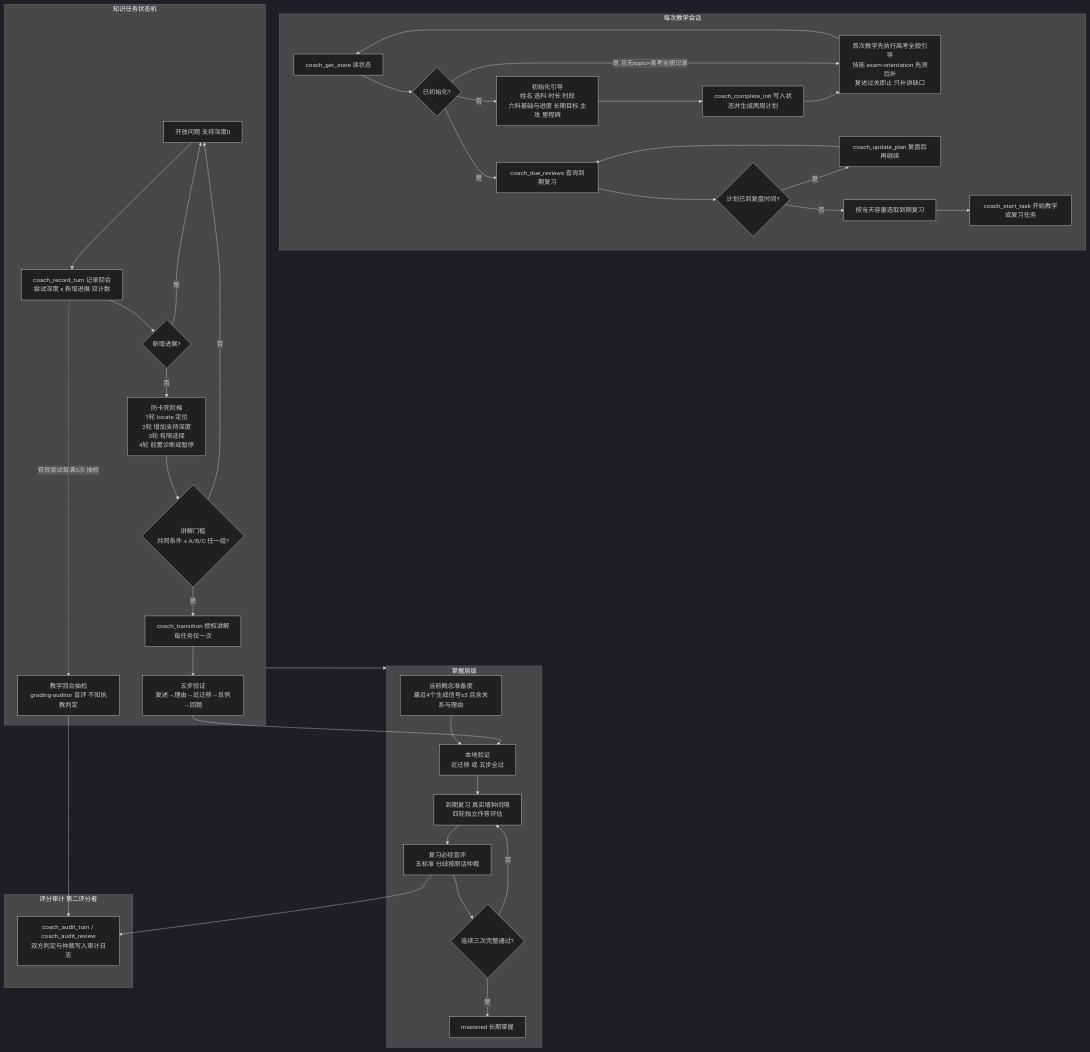
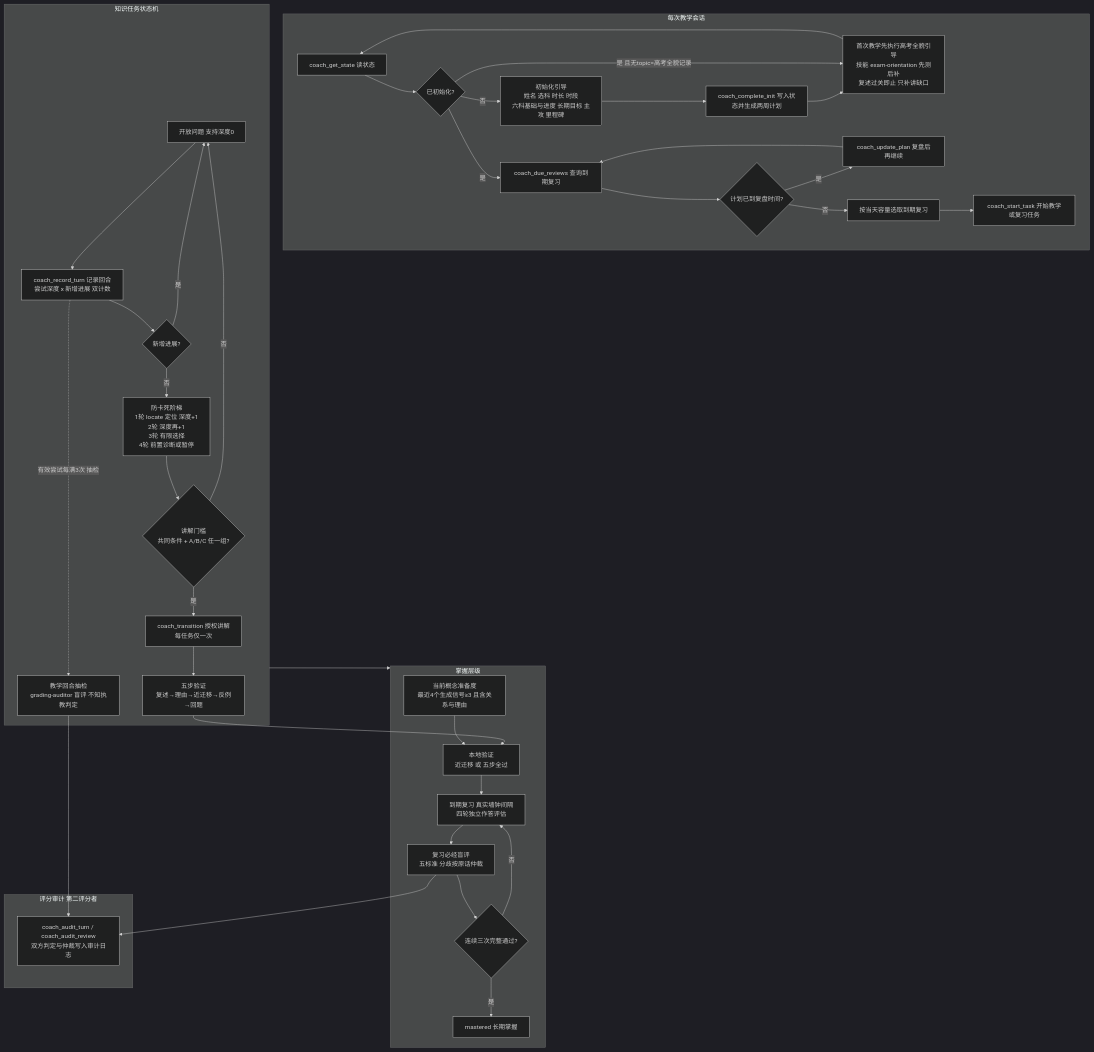
One commit to Soulshop/gaokao-coach-package changed the first of 2 diagrams in docs/architecture.md. Above: the diagram before and after it, drawn with Mermaid (dark theme). The commit also changed other lines of this file, not shown here.

Commit message:
docs(architecture): 图一 T4 补第一轮 locate 深度升级，入档三条提示词层软约束

````diff
--- a/docs/architecture.md
+++ b/docs/architecture.md
@@ -15,47 +15,47 @@
 ```mermaid
 flowchart TB
     subgraph SESSION[每次教学会话]
         S1[coach_get_state 读状态] --> S2{已初始化?}
         S2 -->|否| S3[初始化引导<br>姓名 选科 时长 时段<br>六科基础与进度 长期目标 主攻 里程碑]
         S3 --> S4[coach_complete_init 写入状态并生成两周计划]
         S4 --> S10[首次教学先执行高考全貌引导<br>技能 exam-orientation 先测后补<br>复述过关即止 只补讲缺口]
         S10 --> S1
         S2 -->|是 且无topic=高考全貌记录| S10
         S2 -->|是| S5[coach_due_reviews 查询到期复习]
         S5 --> S6{计划已到复盘时间?}
         S6 -->|是| S7[coach_update_plan 复盘后再继续]
         S7 --> S5
         S6 -->|否| S8[按当天容量选取到期复习]
         S8 --> S9[coach_start_task 开始教学或复习任务]
     end
 
     subgraph TASK[知识任务状态机]
         T1[开放问题 支持深度0] --> T2[coach_record_turn 记录回合<br>尝试深度 x 新增进展 双计数]
         T2 -.->|有效尝试每满3次 抽检| AU1
         T2 --> T3{新增进展?}
         T3 -->|是| T1
-        T3 -->|否| T4[防卡死阶梯<br>1轮 locate 定位<br>2轮 增加支持深度<br>3轮 有限选择<br>4轮 前置诊断或暂停]
+        T3 -->|否| T4[防卡死阶梯<br>1轮 locate 定位 深度+1<br>2轮 深度再+1<br>3轮 有限选择<br>4轮 前置诊断或暂停]
         T4 --> T5{讲解门槛<br>共同条件 + A/B/C 任一组?}
         T5 -->|否| T1
         T5 -->|是| T6[coach_transition 授权讲解<br>每任务仅一次]
         T6 --> T7[五步验证<br>复述→理由→近迁移→反例→回题]
     end
 
     subgraph MASTERY[掌握层级]
         M1[当前概念准备度<br>最近4个生成信号≥3 且含关系与理由] --> M2[本地验证<br>近迁移 或 五步全过]
         M2 --> M3[到期复习 真实墙钟间隔<br>四轮独立作答评估]
         M3 --> AU2[复习必经盲评<br>五标准 分歧按原话仲裁]
         AU2 --> M4{连续三次完整通过?}
         M4 -->|否| M3
         M4 -->|是| M5[mastered 长期掌握]
     end
 
     subgraph AUDIT[评分审计 第二评分者]
         AU1[教学回合抽检<br>grading-auditor 盲评 不知执教判定]
         AU1 --> AU3[coach_audit_turn / coach_audit_review<br>双方判定与仲裁写入审计日志]
         AU2 --> AU3
     end
 
     T7 --> M2
     TASK --> MASTERY
 ```
````
